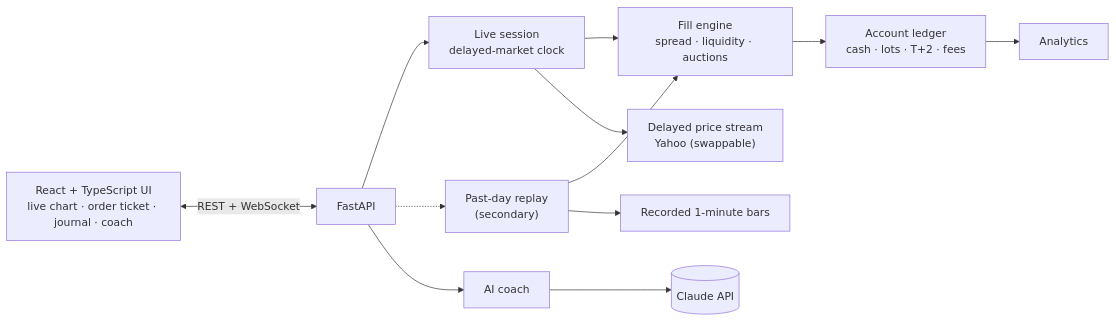
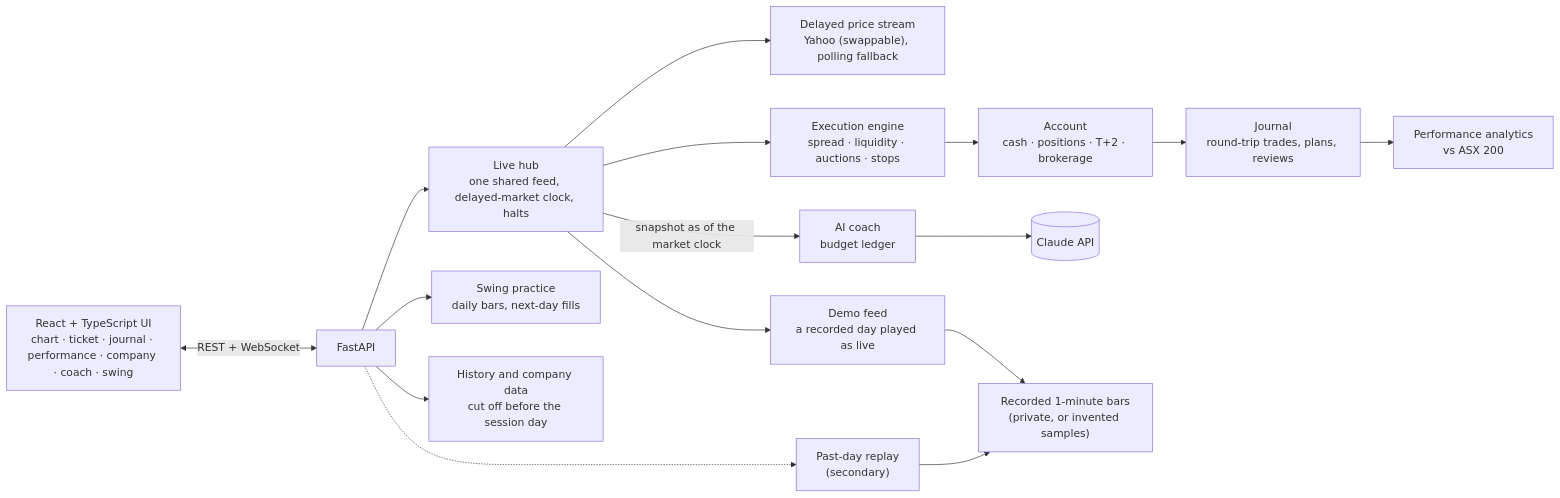
One commit to AryavKarthik/ASX-sim changed the diagram in README.md. Above: the diagram before and after it, drawn with Mermaid. The commit also changed other lines of this file and 10 other files, not shown here.

````diff
--- a/README.md
+++ b/README.md
@@ -109,12 +122,16 @@
 ```mermaid
 flowchart LR
-    UI["React + TypeScript UI<br/>live chart · order ticket · journal · coach"] <-->|REST + WebSocket| API[FastAPI]
-    API --> Live["Live session<br/>delayed-market clock"]
+    UI["React + TypeScript UI<br/>chart · ticket · journal · performance · company · coach · swing"] <-->|REST + WebSocket| API[FastAPI]
+    API --> Hub["Live hub<br/>one shared feed, delayed-market clock, halts"]
+    Hub --> Feed["Delayed price stream<br/>Yahoo (swappable), polling fallback"]
+    Hub --> Demo["Demo feed<br/>a recorded day played as live"]
+    Hub --> Fill["Execution engine<br/>spread · liquidity · auctions · stops"]
+    Fill --> Ledger["Account<br/>cash · positions · T+2 · brokerage"]
+    Ledger --> Journal["Journal<br/>round-trip trades, plans, reviews"]
+    Journal --> Analytics["Performance analytics<br/>vs ASX 200"]
+    Hub -->|"snapshot as of the market clock"| Coach["AI coach<br/>budget ledger"] --> Claude[(Claude API)]
+    API --> Swing["Swing practice<br/>daily bars, next-day fills"]
+    API --> History["History and company data<br/>cut off before the session day"]
     API -.-> Replay["Past-day replay<br/>(secondary)"]
-    Live & Replay --> Fill["Fill engine<br/>spread · liquidity · auctions"]
-    Fill --> Ledger["Account ledger<br/>cash · lots · T+2 · fees"]
-    Ledger --> Analytics
-    API --> Coach["AI coach"] --> Claude[(Claude API)]
-    Live --> Feed["Delayed price stream<br/>Yahoo (swappable)"]
-    Replay --> Store["Recorded 1-minute bars"]
+    Demo & Replay --> Store["Recorded 1-minute bars<br/>(private, or invented samples)"]
 ```
````
